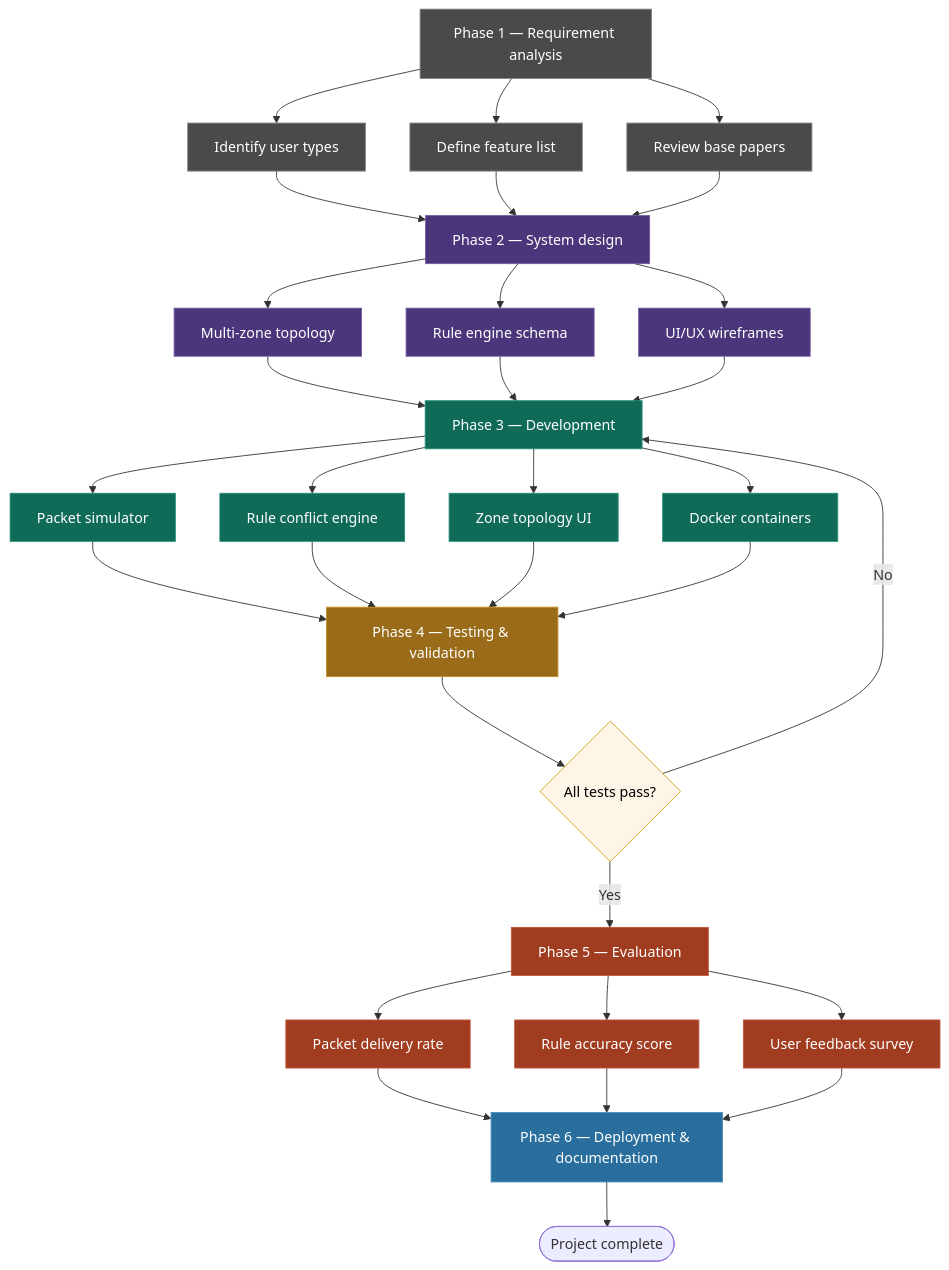
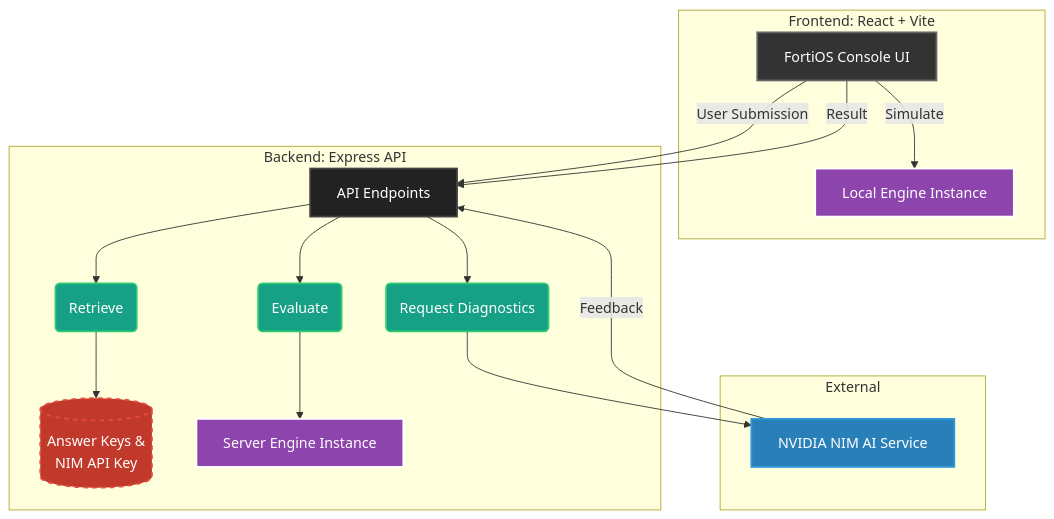
The diagram in README.md (KADHIRAVANEG/FLAMES), drawn with Mermaid before and after one commit. The commit also changed other lines of this file, not shown here.

First line of the commit message:
Rename project to FLAMES and revise README

````diff
--- a/README.md
+++ b/README.md
@@ -113,47 +57,43 @@
 ```mermaid
-flowchart TD
+flowchart TB
     %% Styling Definitions
-    classDef p1 fill:#4a4a4a,stroke:#888,color:#fff
-    classDef p2 fill:#4b367c,stroke:#775ba0,color:#fff
-    classDef p3 fill:#0f6b58,stroke:#268d77,color:#fff
-    classDef p4 fill:#9a6b18,stroke:#c48d28,color:#fff
-    classDef p5 fill:#a03c20,stroke:#c4583b,color:#fff
-    classDef p6 fill:#296e9c,stroke:#4a8dbd,color:#fff
-    classDef decision fill:#fdf5e6,stroke:#d4a017,color:#000
+    classDef frontend fill:#333,stroke:#666,stroke-width:2px,color:#fff;
+    classDef backend fill:#222,stroke:#444,stroke-width:2px,color:#fff;
+    classDef engine fill:#8e44ad,stroke:#fff,stroke-width:2px,color:#fff;
+    classDef keys fill:#c0392b,stroke:#e74c3c,stroke-width:2px,color:#fff,stroke-dasharray: 5 5;
+    classDef external fill:#2980b9,stroke:#3498db,stroke-width:2px,color:#fff;
+    classDef process fill:#16a085,stroke:#2ecc71,stroke-width:2px,color:#fff;
 
-    %% Phase 1
-    P1[Phase 1 — Requirement analysis]:::p1
-    P1 --> S1_1[Identify user types]:::p1
-    P1 --> S1_2[Define feature list]:::p1
-    P1 --> S1_3[Review base papers]:::p1
+    subgraph FE [Frontend: React + Vite]
+        UI[FortiOS Console UI]:::frontend
+        LocEng[Local Engine Instance]:::engine
+    end
+
+    subgraph BE [Backend: Express API]
+        API[API Endpoints]:::backend
+        Eval(Evaluate):::process
+        Ret(Retrieve):::process
+        Diag(Request Diagnostics):::process
+        Key[(Answer Keys &<br/>NIM API Key)]:::keys
+        ServEng[Server Engine Instance]:::engine
+    end
+
+    subgraph EXT [External]
+        NIM[NVIDIA NIM AI Service]:::external
+    end
+
+    %% Flow Connections
+    UI -- User Submission --> API
+    UI -- Simulate --> LocEng
+    UI -- Result --> API
     
-    %% Phase 2
-    S1_1 & S1_2 & S1_3 --> P2[Phase 2 — System design]:::p2
-    P2 --> S2_1[Multi-zone topology]:::p2
-    P2 --> S2_2[Rule engine schema]:::p2
-    P2 --> S2_3[UI/UX wireframes]:::p2
+    API --> Eval
+    API --> Ret
+    API --> Diag
     
-    %% Phase 3
-    S2_1 & S2_2 & S2_3 --> P3[Phase 3 — Development]:::p3
-    P3 --> S3_1[Packet simulator]:::p3
-    P3 --> S3_2[Rule conflict engine]:::p3
-    P3 --> S3_3[Zone topology UI]:::p3
-    P3 --> S3_4[Docker containers]:::p3
-    
-    %% Phase 4
-    S3_1 & S3_2 & S3_3 & S3_4 --> P4[Phase 4 — Testing & validation]:::p4
-    P4 --> Test{All tests pass?}:::decision
-    
-    %% Rework Loop
-    Test -- No --> P3
-    
-    %% Phase 5
-    Test -- Yes --> P5[Phase 5 — Evaluation]:::p5
-    P5 --> S5_1[Packet delivery rate]:::p5
-    P5 --> S5_2[Rule accuracy score]:::p5
-    P5 --> S5_3[User feedback survey]:::p5
-    
-    %% Phase 6
-    S5_1 & S5_2 & S5_3 --> P6[Phase 6 — Deployment & documentation]:::p6
-    P6 --> Finish([Project complete])
+    Eval --> ServEng
+    Ret --> Key
+    Diag --> NIM
+    NIM -- Feedback --> API
+
 ```
````
